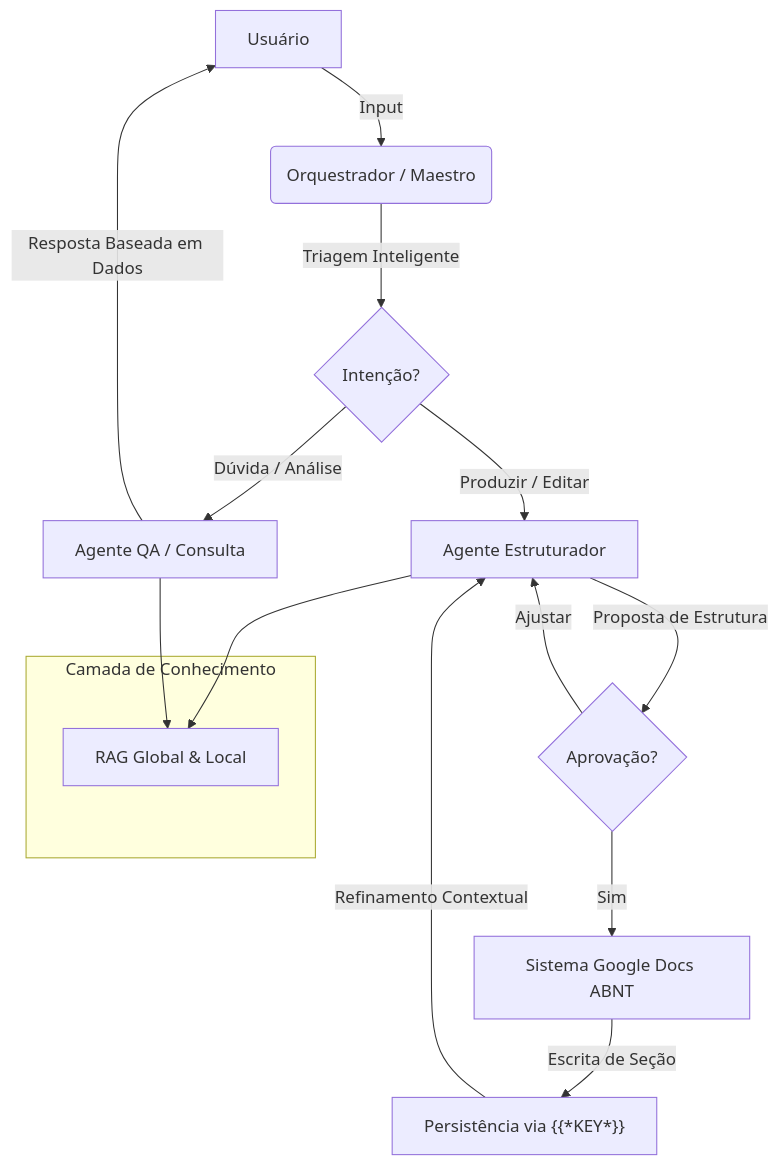
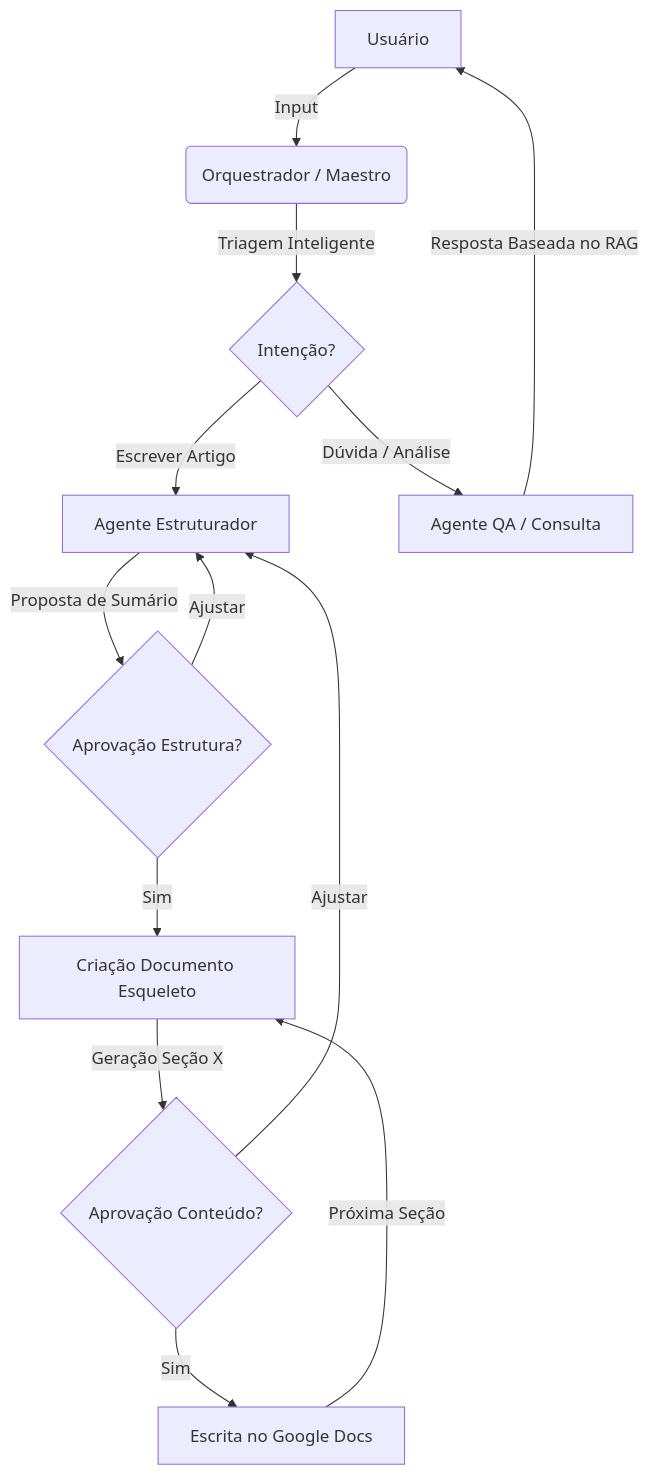
Before and after one commit to rodrigoassis1996/oraculo-academico: the diagram in README.md, drawn with Mermaid. The commit also changed other lines of this file and 35 other files, not shown here.

````diff
--- a/README.md
+++ b/README.md
@@ -24,24 +26,20 @@
 ```mermaid
 graph TD
     A[Usuário] -->|Input| B(Orquestrador / Maestro)
     B -->|Triagem Inteligente| C{Intenção?}
     
-    C -->|Produzir / Editar| D[Agente Estruturador]
+    C -->|Escrever Artigo| D[Agente Estruturador]
     C -->|Dúvida / Análise| E[Agente QA / Consulta]
     
-    D -->|Proposta de Estrutura| F{Aprovação?}
-    F -->|Sim| G[Sistema Google Docs ABNT]
+    D -->|Proposta de Sumário| F{Aprovação Estrutura?}
+    F -->|Sim| G[Criação Documento Esqueleto]
     F -->|Ajustar| D
     
-    G -->|Escrita de Seção| H["Persistência via {{*KEY*}}"]
-    H -->|Refinamento Contextual| D
+    G -->|Geração Seção X| H{Aprovação Conteúdo?}
+    H -->|Sim| I[Escrita no Google Docs]
+    H -->|Ajustar| D
     
-    E -->|Resposta Baseada em Dados| A
+    I -->|Próxima Seção| G
     
-    subgraph "Camada de Conhecimento"
-        R[RAG Global & Local]
-    end
-    
-    D --> R
-    E --> R
+    E -->|Resposta Baseada no RAG| A
 ```
````
